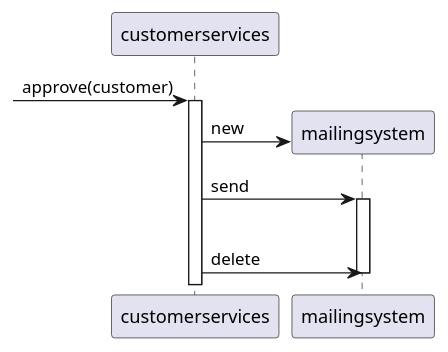
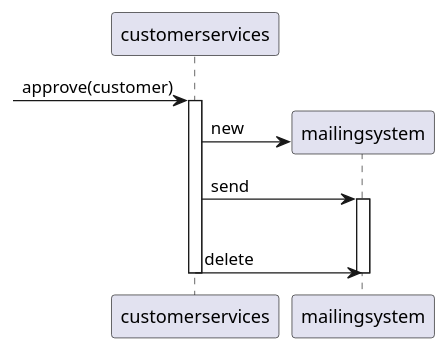
The second of 2 diagrams in README.md (tbnoung/OOAD-WEEK10), drawn with PlantUML before and after one commit. The commit also changed other lines of this file, not shown here.

```diff
--- a/README.md
+++ b/README.md
@@ -18,21 +18,23 @@
 @startuml
 
 [-> customerservices: approve(customer)
 
 activate customerservices
 
 create mailingsystem
 
 customerservices->mailingsystem:new
 
 customerservices->mailingsystem:send
 
 activate mailingsystem
 
 |||
 
 customerservices->mailingsystem:delete
 
 deactivate mailingsystem
 
+deactivate customerservices
+
 @enduml
```
